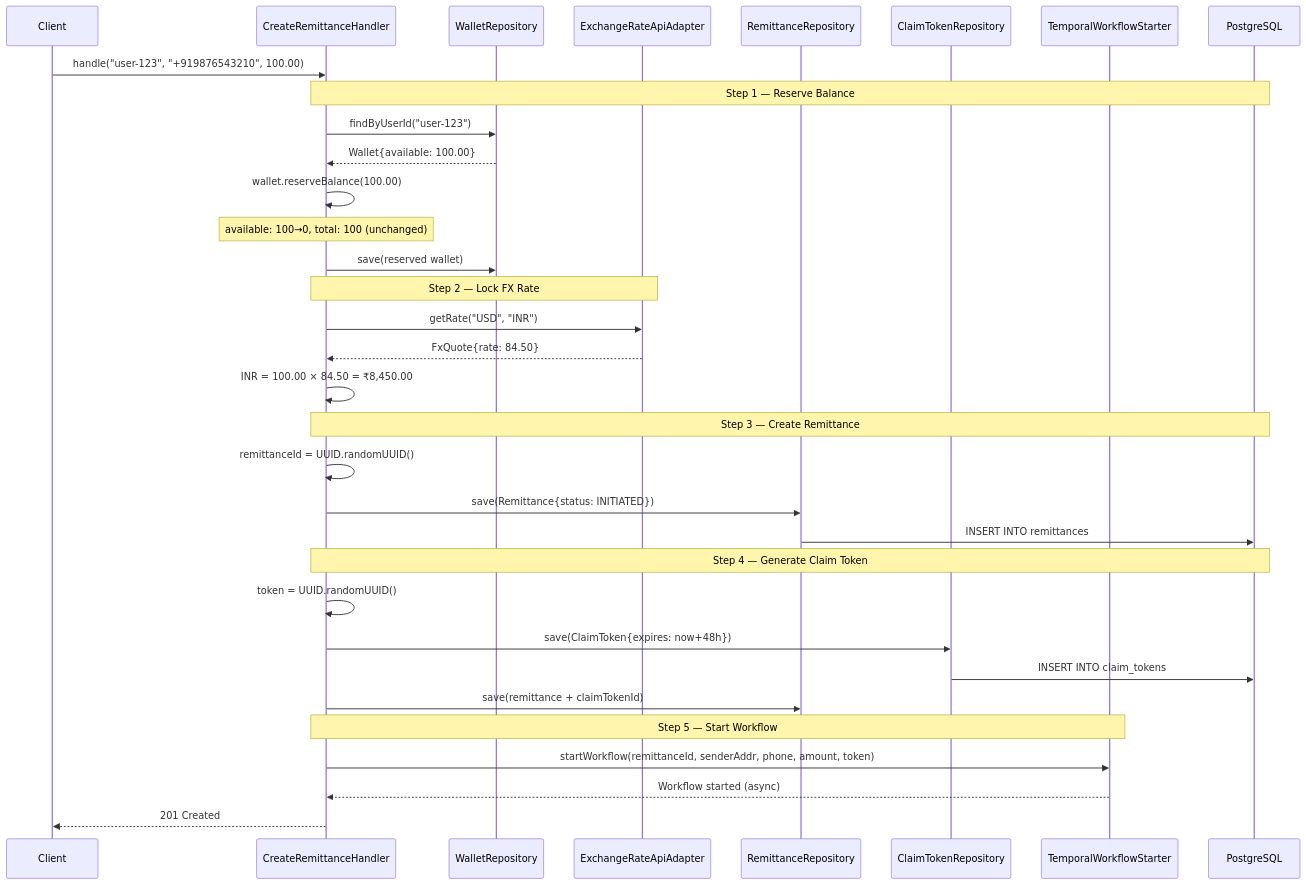
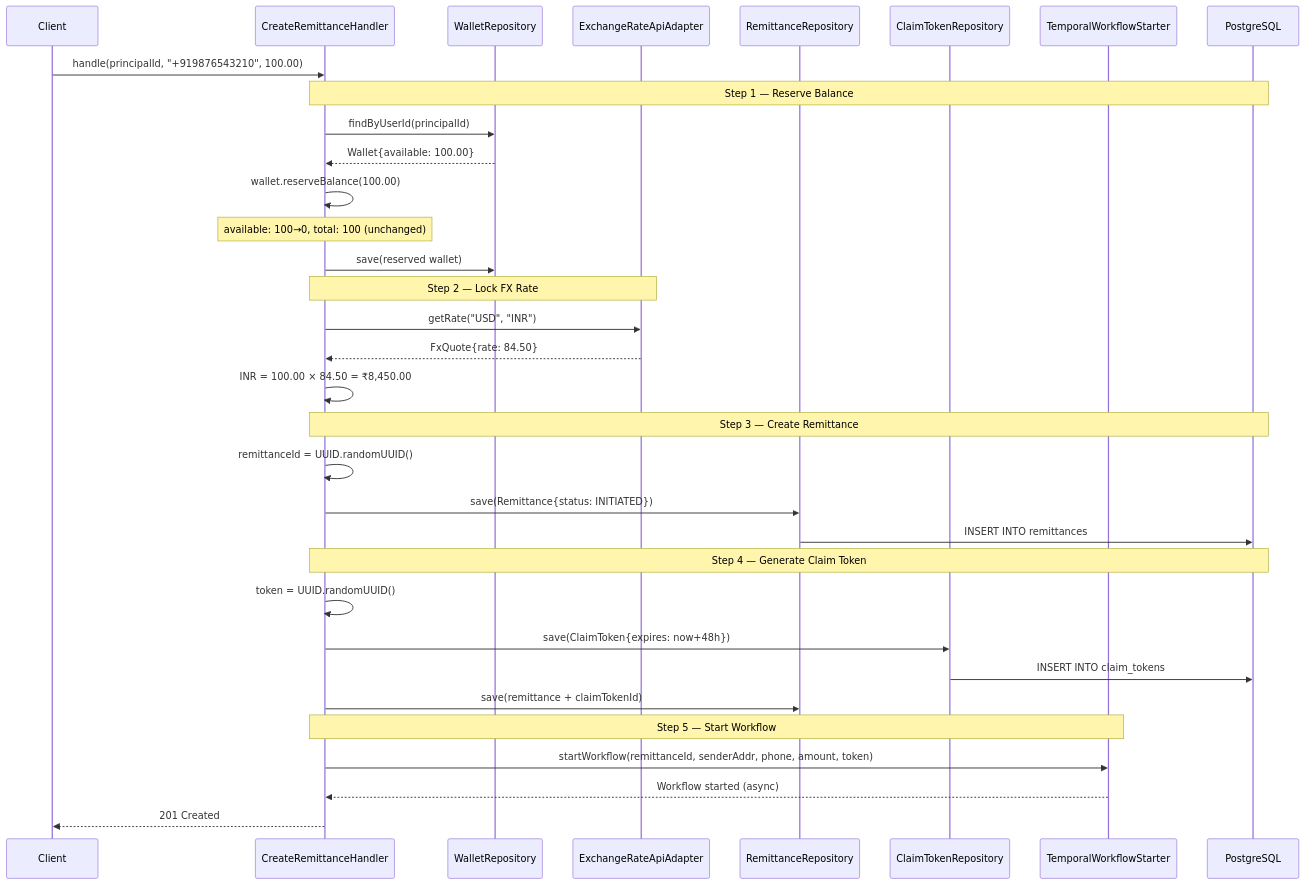
Before and after one commit to Puneethkumarck/stablepay-hackathon: the sixth of 11 diagrams in README.md, drawn with Mermaid. The commit also changed other lines of this file and 10 other files, not shown here.

First line of the commit message:
feat(STA-104): update README with architecture images, extract Solana accounting model, auth-aware e2e script

````diff
--- a/README.md
+++ b/README.md
@@ -427,42 +462,42 @@
 ```mermaid
 sequenceDiagram
     participant Client
     participant Handler as CreateRemittanceHandler
     participant WalletRepo as WalletRepository
     participant FxProvider as ExchangeRateApiAdapter
     participant RemitRepo as RemittanceRepository
     participant ClaimRepo as ClaimTokenRepository
     participant Temporal as TemporalWorkflowStarter
     participant DB as PostgreSQL
 
-    Client->>Handler: handle("user-123", "+919876543210", 100.00)
+    Client->>Handler: handle(principalId, "+919876543210", 100.00)
 
     Note over Handler,DB: Step 1 — Reserve Balance
-    Handler->>WalletRepo: findByUserId("user-123")
+    Handler->>WalletRepo: findByUserId(principalId)
     WalletRepo-->>Handler: Wallet{available: 100.00}
     Handler->>Handler: wallet.reserveBalance(100.00)
     Note over Handler: available: 100→0, total: 100 (unchanged)
     Handler->>WalletRepo: save(reserved wallet)
 
     Note over Handler,FxProvider: Step 2 — Lock FX Rate
     Handler->>FxProvider: getRate("USD", "INR")
     FxProvider-->>Handler: FxQuote{rate: 84.50}
     Handler->>Handler: INR = 100.00 × 84.50 = ₹8,450.00
 
     Note over Handler,DB: Step 3 — Create Remittance
     Handler->>Handler: remittanceId = UUID.randomUUID()
     Handler->>RemitRepo: save(Remittance{status: INITIATED})
     RemitRepo->>DB: INSERT INTO remittances
 
     Note over Handler,DB: Step 4 — Generate Claim Token
     Handler->>Handler: token = UUID.randomUUID()
     Handler->>ClaimRepo: save(ClaimToken{expires: now+48h})
     ClaimRepo->>DB: INSERT INTO claim_tokens
     Handler->>RemitRepo: save(remittance + claimTokenId)
 
     Note over Handler,Temporal: Step 5 — Start Workflow
     Handler->>Temporal: startWorkflow(remittanceId, senderAddr, phone, amount, token)
     Temporal-->>Handler: Workflow started (async)
 
     Handler-->>Client: 201 Created
 ```
````
